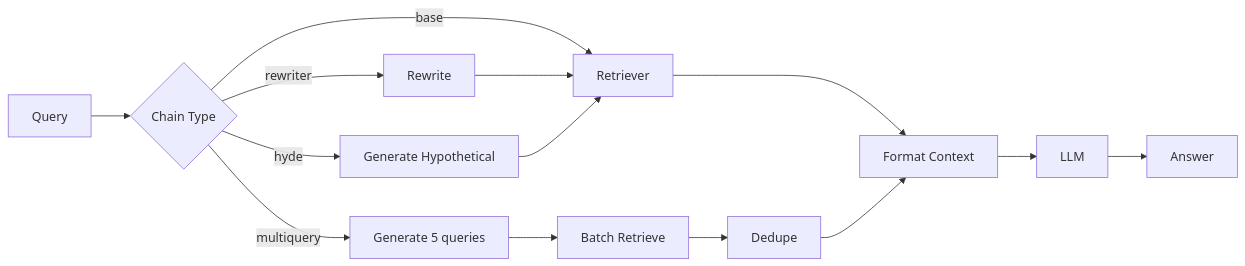
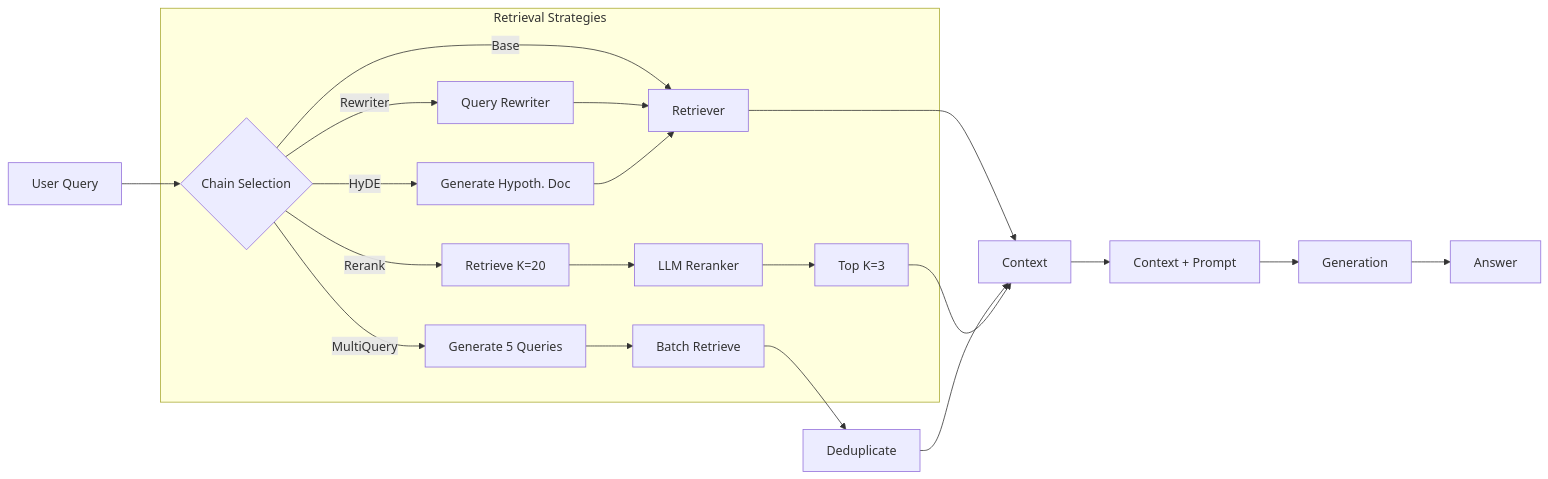
Before and after one commit to 235471/rag-evaluation-contracts-ragas: the diagram in README.md, drawn with Mermaid. The commit also changed other lines of this file and 28 other files, not shown here.

````diff
--- a/README.md
+++ b/README.md
@@ -162,12 +64,20 @@
 ```mermaid
 graph LR
-    A[Query] --> B{Chain Type}
-    B -->|base| C[Retriever]
-    B -->|rewriter| D[Rewrite] --> C
-    B -->|multiquery| E[Generate 5 queries] --> F[Batch Retrieve] --> G[Dedupe]
-    B -->|hyde| H[Generate Hypothetical] --> C
-    C --> I[Format Context]
-    G --> I
-    I --> J[LLM]
-    J --> K[Answer]
+    User[User Query] --> Router{Chain Selection}
+    
+    subgraph "Retrieval Strategies"
+        Router -->|Base| Ret[Retriever]
+        Router -->|Rewriter| RW[Query Rewriter] --> Ret
+        Router -->|MultiQuery| MQ[Generate 5 Queries] --> Batch[Batch Retrieve]
+        Router -->|HyDE| HY[Generate Hypoth. Doc] --> Ret
+        Router -->|Rerank| RR[Retrieve K=20] --> Judge[LLM Reranker] --> TopK[Top K=3]
+    end
+
+    Ret --> Context
+    Batch --> Dedup[Deduplicate] --> Context
+    TopK --> Context
+    
+    Context --> Augment[Context + Prompt]
+    Augment --> LLM[Generation]
+    LLM --> Answer
 ```
````
